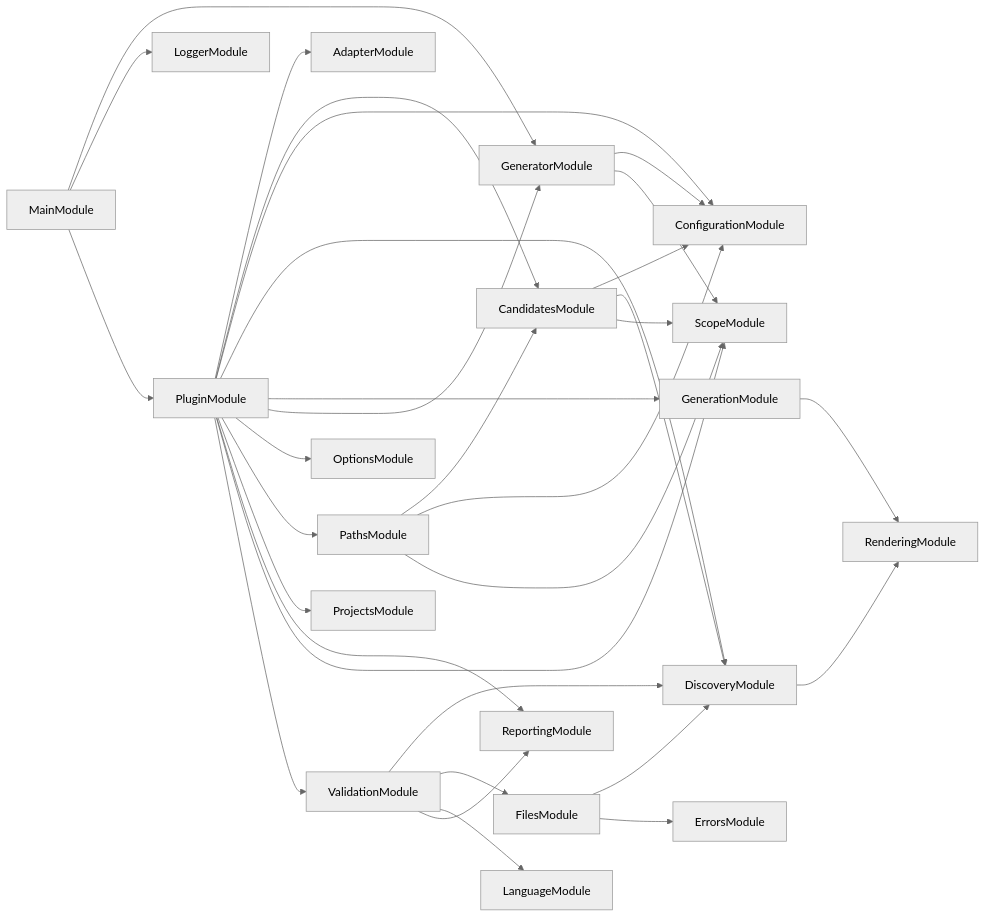
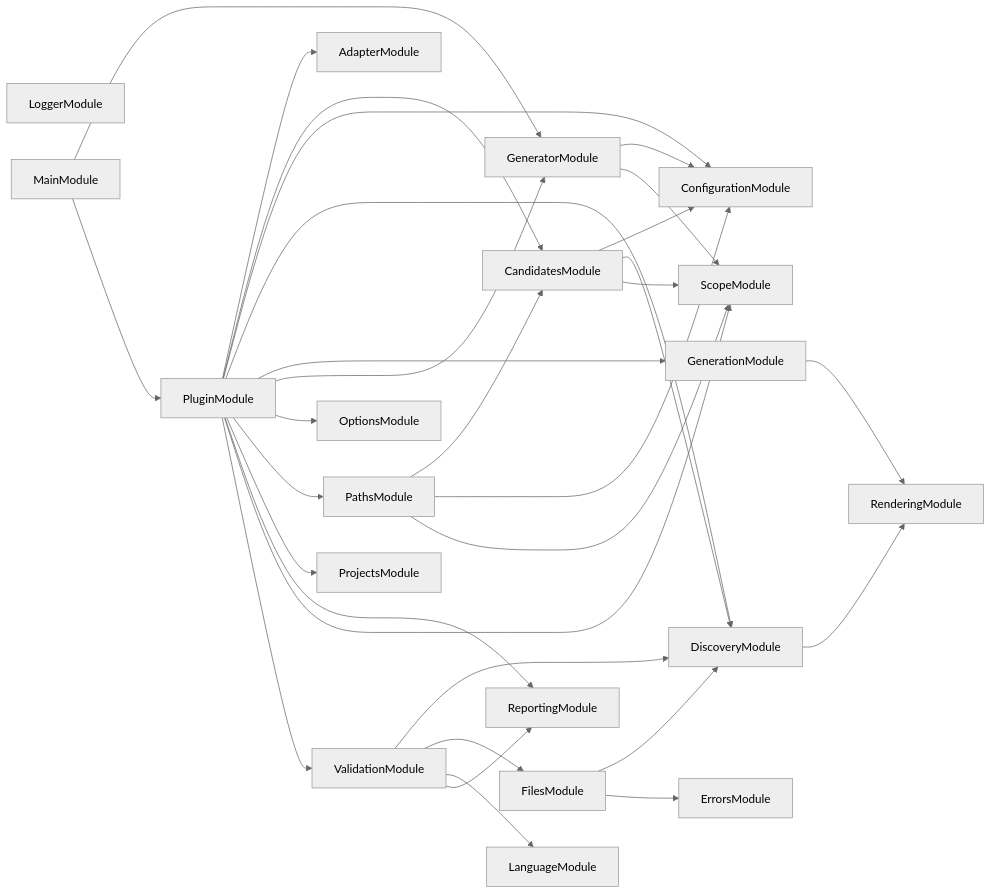
Before and after one commit to JimmyPaolini/codebase: the diagram in packages/conformetry-nx/AGENTS.md, drawn with Mermaid (neutral theme). The commit also changed other lines of this file and 68 other files, not shown here.

Commit message:
feat(synchronization): ✨ graph every nestjs project through spelunker preview mode

````diff
--- a/packages/conformetry-nx/AGENTS.md
+++ b/packages/conformetry-nx/AGENTS.md
@@ -57,34 +57,34 @@
 ```mermaid
 flowchart LR
+  LoggerModule
   CandidatesModule --> ConfigurationModule
   CandidatesModule --> DiscoveryModule
   CandidatesModule --> ScopeModule
   DiscoveryModule --> RenderingModule
   FilesModule --> DiscoveryModule
   FilesModule --> ErrorsModule
   GenerationModule --> RenderingModule
   GeneratorModule --> ConfigurationModule
   GeneratorModule --> ScopeModule
   MainModule --> GeneratorModule
-  MainModule --> LoggerModule
   MainModule --> PluginModule
   PathsModule --> CandidatesModule
   PathsModule --> ConfigurationModule
   PathsModule --> ScopeModule
   PluginModule --> AdapterModule
   PluginModule --> CandidatesModule
   PluginModule --> ConfigurationModule
   PluginModule --> DiscoveryModule
   PluginModule --> GenerationModule
   PluginModule --> GeneratorModule
   PluginModule --> OptionsModule
   PluginModule --> PathsModule
   PluginModule --> ProjectsModule
   PluginModule --> ReportingModule
   PluginModule --> ScopeModule
   PluginModule --> ValidationModule
   ValidationModule --> DiscoveryModule
   ValidationModule --> FilesModule
   ValidationModule --> LanguageModule
   ValidationModule --> ReportingModule
 ```
````
